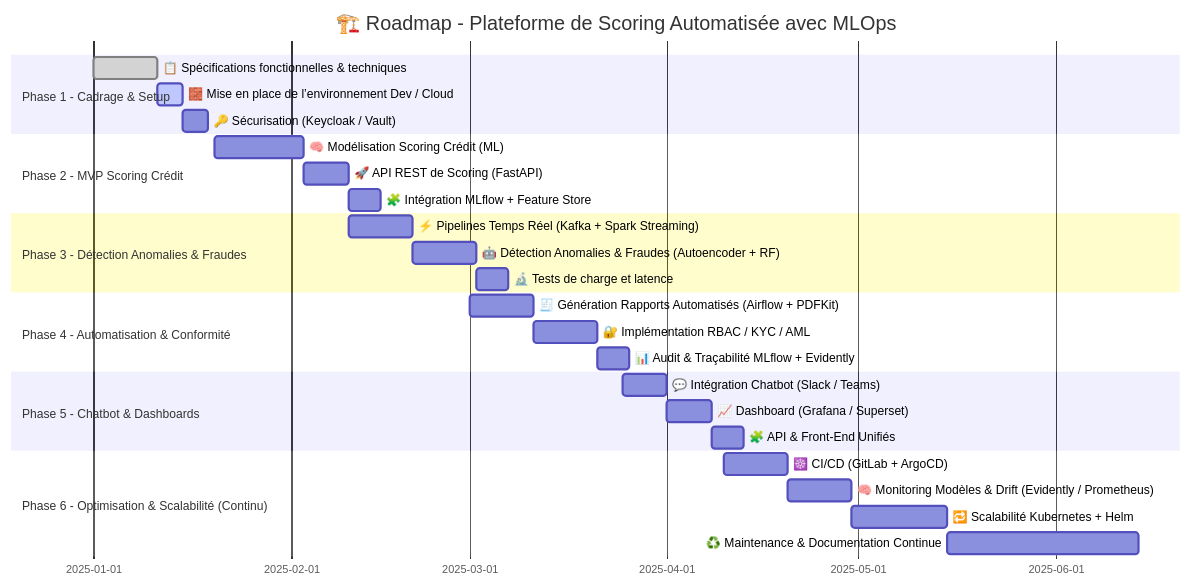
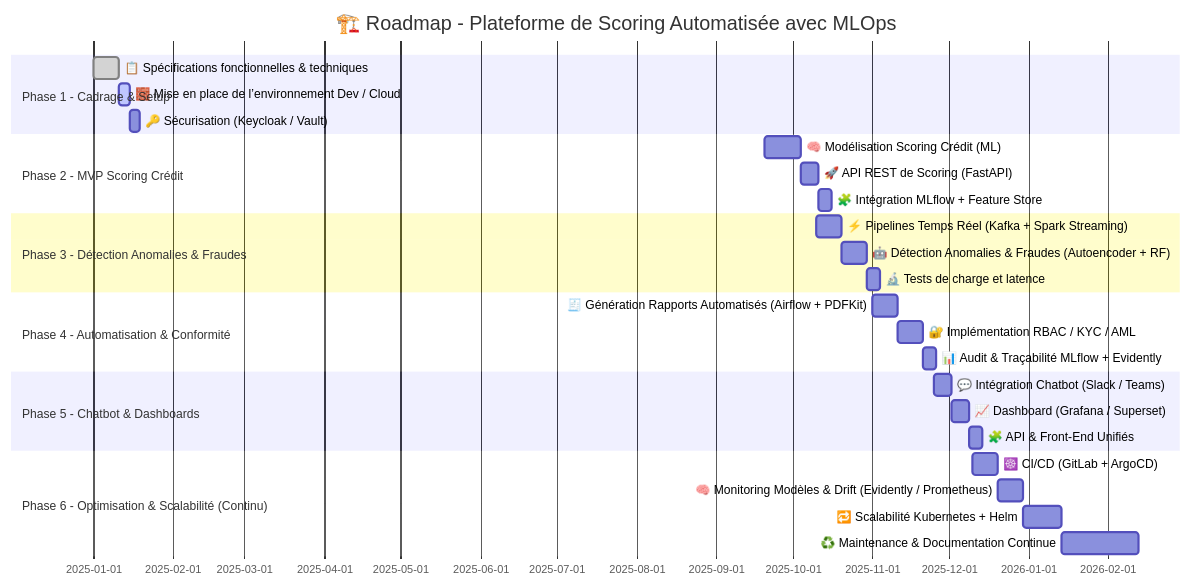
One commit to SalimM21/Plateforme-de-Scoring-Automatiser-avec-MLOps-Complet changed the second of 2 diagrams in README.md. Above: the diagram before and after it, drawn with Mermaid.

````diff
--- a/README.md
+++ b/README.md
@@ -146,36 +146,36 @@
 ```mermaid
 gantt
     title 🏗️ Roadmap - Plateforme de Scoring Automatisée avec MLOps
     dateFormat  YYYY-MM-DD
     section Phase 1 - Cadrage & Setup
     📋 Spécifications fonctionnelles & techniques       :done,   p1a, 2025-01-01, 10d
     🧱 Mise en place de l’environnement Dev / Cloud     :active, p1b, after p1a, 4d
     🔑 Sécurisation (Keycloak / Vault)                  : p1c, after p1b, 4d
 
     section Phase 2 - MVP Scoring Crédit
-    🧠 Modélisation Scoring Crédit (ML)                 : p2a, 2025-01-20, 14d
+    🧠 Modélisation Scoring Crédit (ML)                 : p2a, 2025-09-20, 14d
     🚀 API REST de Scoring (FastAPI)                   : p2b, after p2a, 7d
     🧩 Intégration MLflow + Feature Store               : p2c, after p2b, 5d
 
     section Phase 3 - Détection Anomalies & Fraudes
-    ⚡ Pipelines Temps Réel (Kafka + Spark Streaming)   : p3a, 2025-02-10, 10d
+    ⚡ Pipelines Temps Réel (Kafka + Spark Streaming)   : p3a, 2025-10-10, 10d
     🤖 Détection Anomalies & Fraudes (Autoencoder + RF) : p3b, after p3a, 10d
     🔬 Tests de charge et latence                      : p3c, after p3b, 5d
 
     section Phase 4 - Automatisation & Conformité
-    🧾 Génération Rapports Automatisés (Airflow + PDFKit): p4a, 2025-03-01, 10d
+    🧾 Génération Rapports Automatisés (Airflow + PDFKit): p4a, 2025-11-01, 10d
     🔐 Implémentation RBAC / KYC / AML                 : p4b, after p4a, 10d
     📊 Audit & Traçabilité MLflow + Evidently           : p4c, after p4b, 5d
 
     section Phase 5 - Chatbot & Dashboards
-    💬 Intégration Chatbot (Slack / Teams)              : p5a, 2025-03-25, 7d
+    💬 Intégration Chatbot (Slack / Teams)              : p5a, 2025-11-25, 7d
     📈 Dashboard (Grafana / Superset)                   : p5b, after p5a, 7d
     🧩 API & Front-End Unifiés                          : p5c, after p5b, 5d
 
     section Phase 6 - Optimisation & Scalabilité (Continu)
-    ☸️ CI/CD (GitLab + ArgoCD)                          : p6a, 2025-04-10, 10d
+    ☸️ CI/CD (GitLab + ArgoCD)                          : p6a, 2025-12-10, 10d
     🧠 Monitoring Modèles & Drift (Evidently / Prometheus): p6b, after p6a, 10d
     🔁 Scalabilité Kubernetes + Helm                    : p6c, after p6b, 15d
     ♻️ Maintenance & Documentation Continue             : p6d, after p6c, 30d
 
 ```
````
